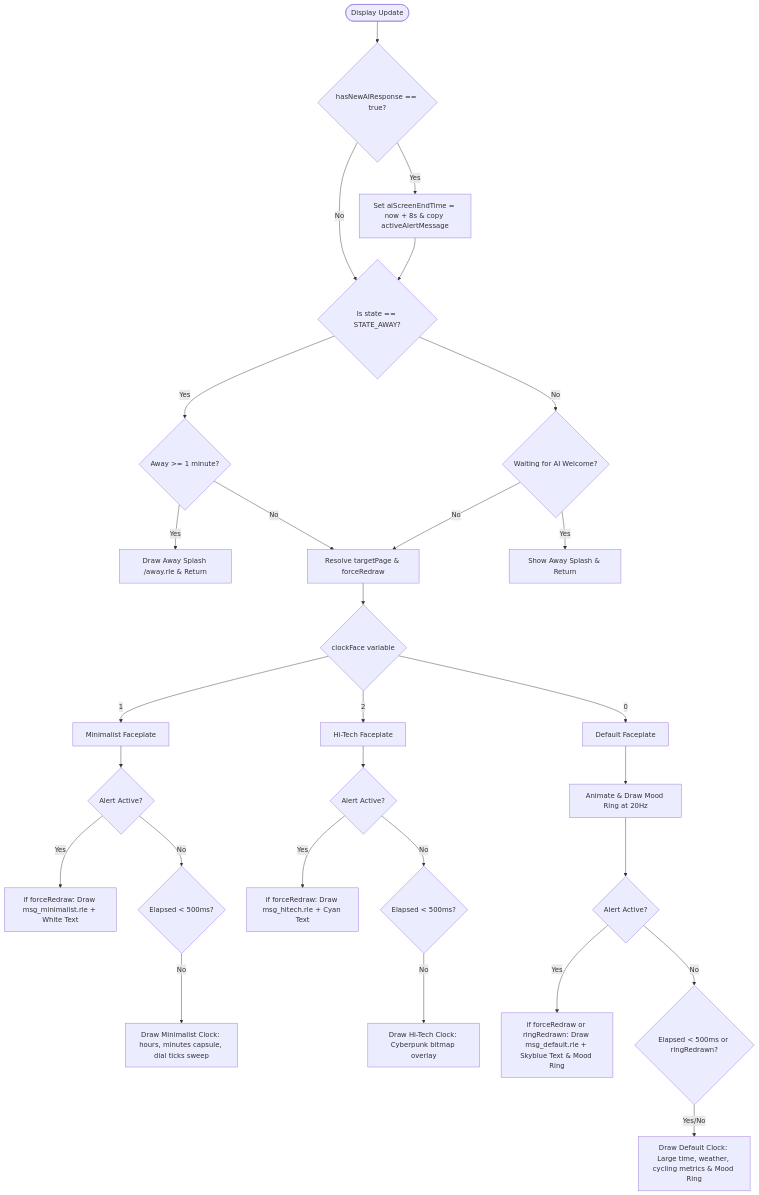
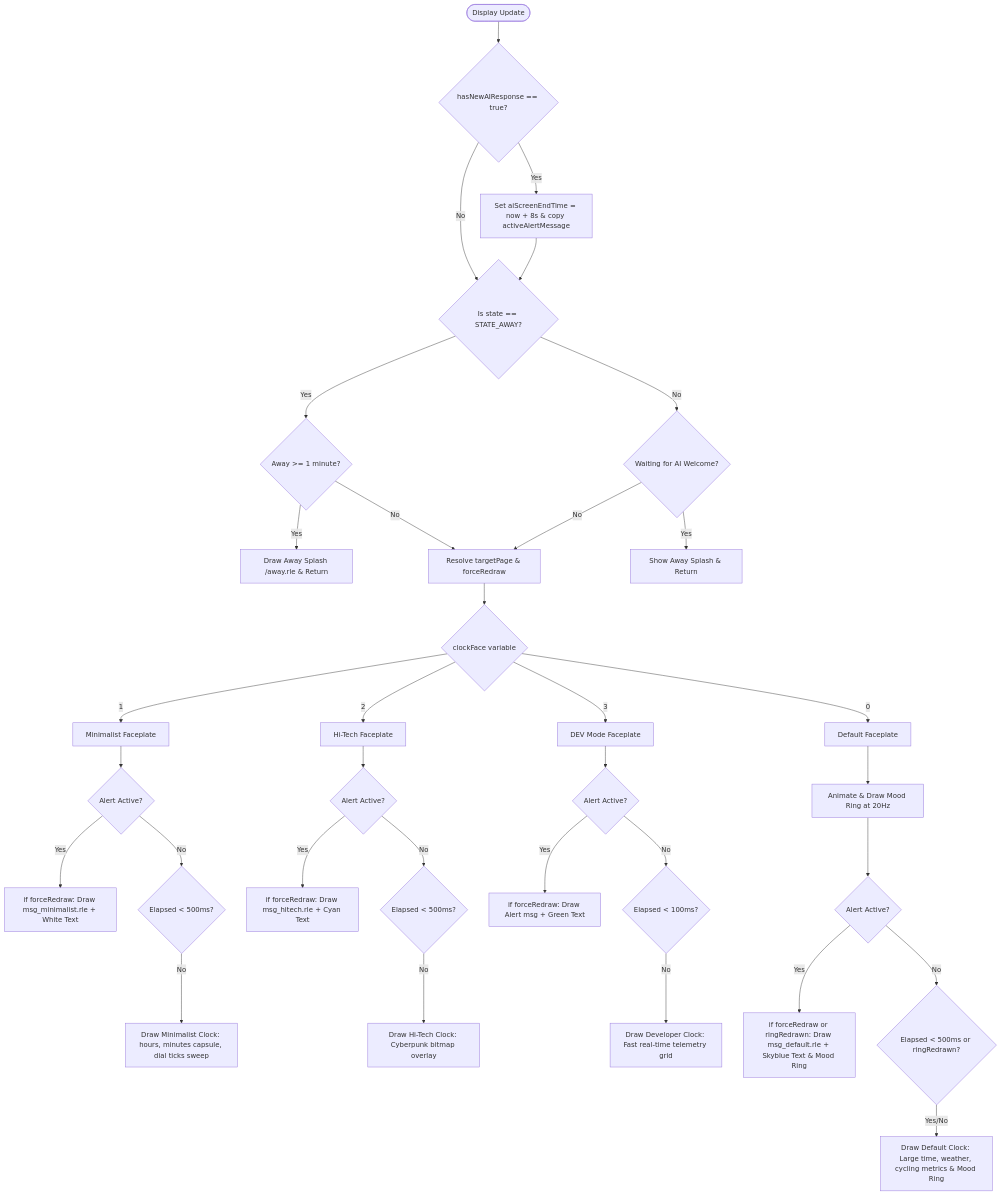
The fourth of 4 diagrams in desk_buddy_flowchart_notes.md (danmermels/DeskBuddy), drawn with Mermaid before and after one commit. The commit also changed other lines of this file and 17 other files, not shown here.

Commit message:
feat: implement modular architecture with radar, MQTT, and display services and add rolling median filtering

````diff
--- a/desk_buddy_flowchart_notes.md
+++ b/desk_buddy_flowchart_notes.md
@@ -176,41 +192,48 @@
 ```mermaid
 graph TD
     Start([Display Update]) --> CheckNewAlert{hasNewAIResponse == true?}
     
     CheckNewAlert -- Yes --> LoadAlert[Set aiScreenEndTime = now + 8s & copy activeAlertMessage]
     CheckNewAlert -- No --> CheckAway{Is state == STATE_AWAY?}
     LoadAlert --> CheckAway
     
     CheckAway -- Yes --> CheckGrace{Away >= 1 minute?}
     CheckGrace -- Yes --> DrawAway[Draw Away Splash /away.rle & Return]
     CheckGrace -- No --> CheckPageChange[Resolve targetPage & forceRedraw]
     
     CheckAway -- No --> AILoadingCheck{Waiting for AI Welcome?}
     
     AILoadingCheck -- Yes --> ReturnAway[Show Away Splash & Return]
     AILoadingCheck -- No --> CheckPageChange[Resolve targetPage & forceRedraw]
     
     CheckPageChange --> ClockFace{clockFace variable}
     
     %% Minimalist Faceplate Branch
     ClockFace -- 1 --> Minimalist[Minimalist Faceplate]
     Minimalist --> MiniAlert{Alert Active?}
     MiniAlert -- Yes --> MiniAlertDraw[if forceRedraw: Draw msg_minimalist.rle + White Text]
     MiniAlert -- No --> MiniThrottle{Elapsed < 500ms?}
     MiniThrottle -- No --> MiniDraw[Draw Minimalist Clock: hours, minutes capsule, dial ticks sweep]
     
     %% Hi-Tech Faceplate Branch
     ClockFace -- 2 --> HiTech[Hi-Tech Faceplate]
     HiTech --> HiTechAlert{Alert Active?}
     HiTechAlert -- Yes --> HiTechAlertDraw[if forceRedraw: Draw msg_hitech.rle + Cyan Text]
     HiTechAlert -- No --> HiTechThrottle{Elapsed < 500ms?}
     HiTechThrottle -- No --> HiTechDraw[Draw Hi-Tech Clock: Cyberpunk bitmap overlay]
     
+    %% DEV Mode Faceplate Branch
+    ClockFace -- 3 --> DevMode[DEV Mode Faceplate]
+    DevMode --> DevAlert{Alert Active?}
+    DevAlert -- Yes --> DevAlertDraw[if forceRedraw: Draw Alert msg + Green Text]
+    DevAlert -- No --> DevThrottle{Elapsed < 100ms?}
+    DevThrottle -- No --> DevDraw[Draw Developer Clock: Fast real-time telemetry grid]
+    
     %% Default Digital Faceplate Branch
     ClockFace -- 0 --> Default[Default Faceplate]
     Default --> DefaultRing[Animate & Draw Mood Ring at 20Hz]
     DefaultRing --> DefaultAlert{Alert Active?}
     DefaultAlert -- Yes --> DefaultAlertDraw[if forceRedraw or ringRedrawn: Draw msg_default.rle + Skyblue Text & Mood Ring]
     DefaultAlert -- No --> DefaultThrottle{Elapsed < 500ms or ringRedrawn?}
     DefaultThrottle -- Yes/No --> DefaultDraw[Draw Default Clock: Large time, weather, cycling metrics & Mood Ring]
 ```
````
